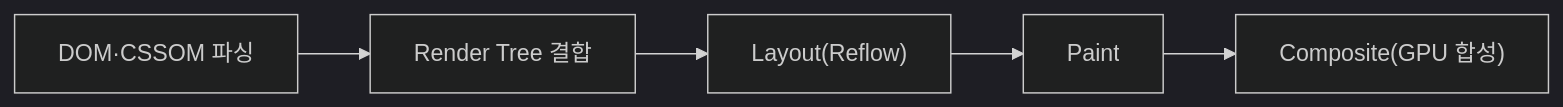
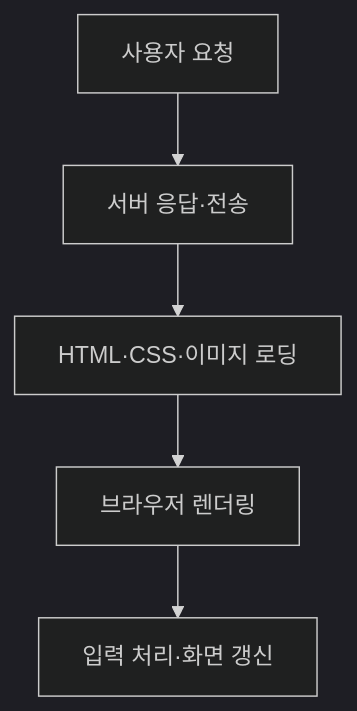
The first of 2 diagrams in src/content/docs/notes/itpe/02-software-engineering/164_web_performance_optimization.md (agnusdei1207/study), drawn with Mermaid (dark theme) before and after one commit. The commit also changed other lines of this file and 10 other files, not shown here.

````diff
--- a/src/content/docs/notes/itpe/02-software-engineering/164_web_performance_optimization.md
+++ b/src/content/docs/notes/itpe/02-software-engineering/164_web_performance_optimization.md
@@ -59,7 +96,7 @@
 ```mermaid
-flowchart LR
-    A["DOM·CSSOM 파싱"] --> B["Render Tree 결합"]
-    B --> C["Layout(Reflow)"]
-    C --> D["Paint"]
-    D --> E["Composite(GPU 합성)"]
+flowchart TD
+    A[사용자 요청] --> B[서버 응답·전송]
+    B --> C[HTML·CSS·이미지 로딩]
+    C --> D[브라우저 렌더링]
+    D --> E[입력 처리·화면 갱신]
 ```
````
